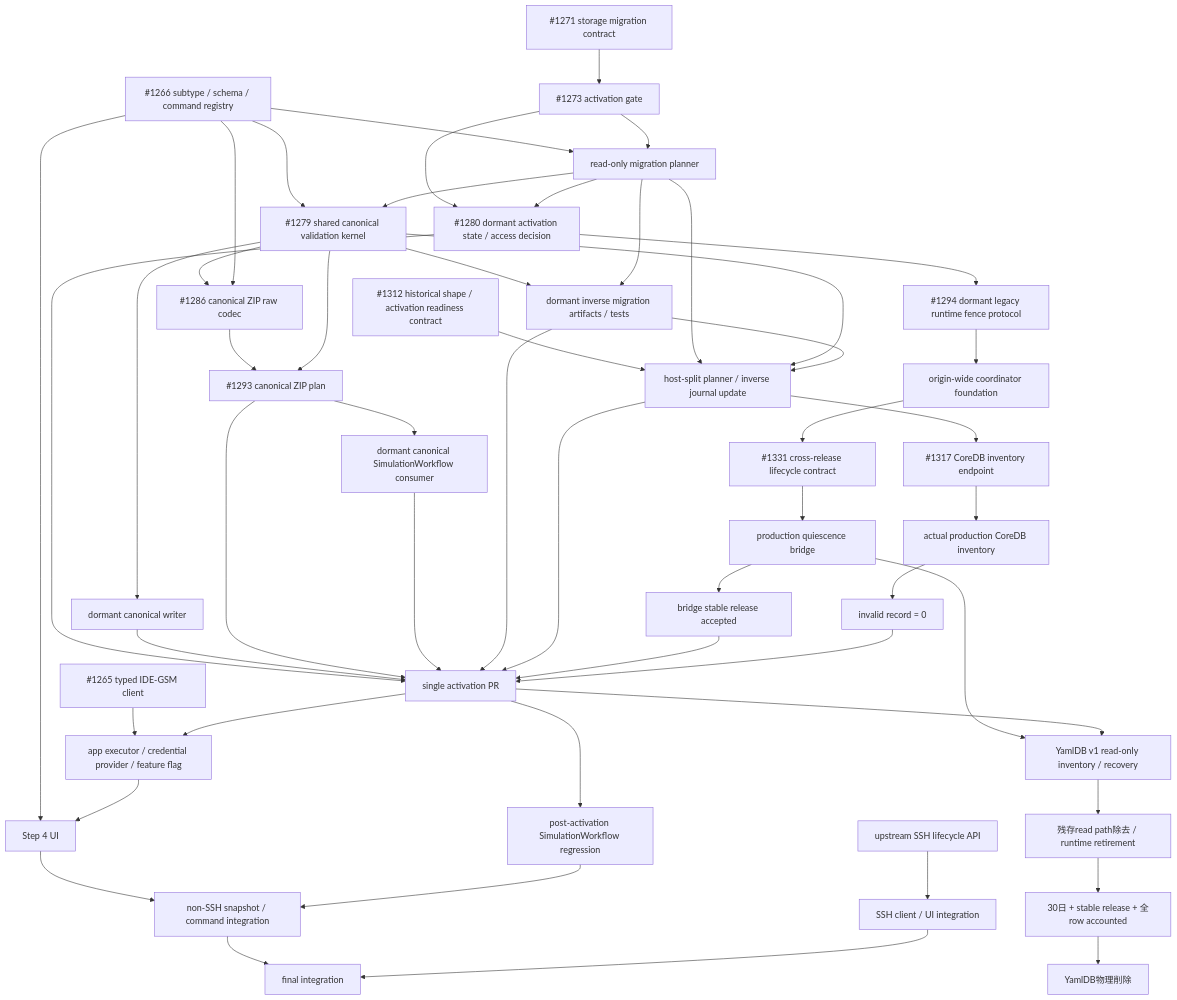
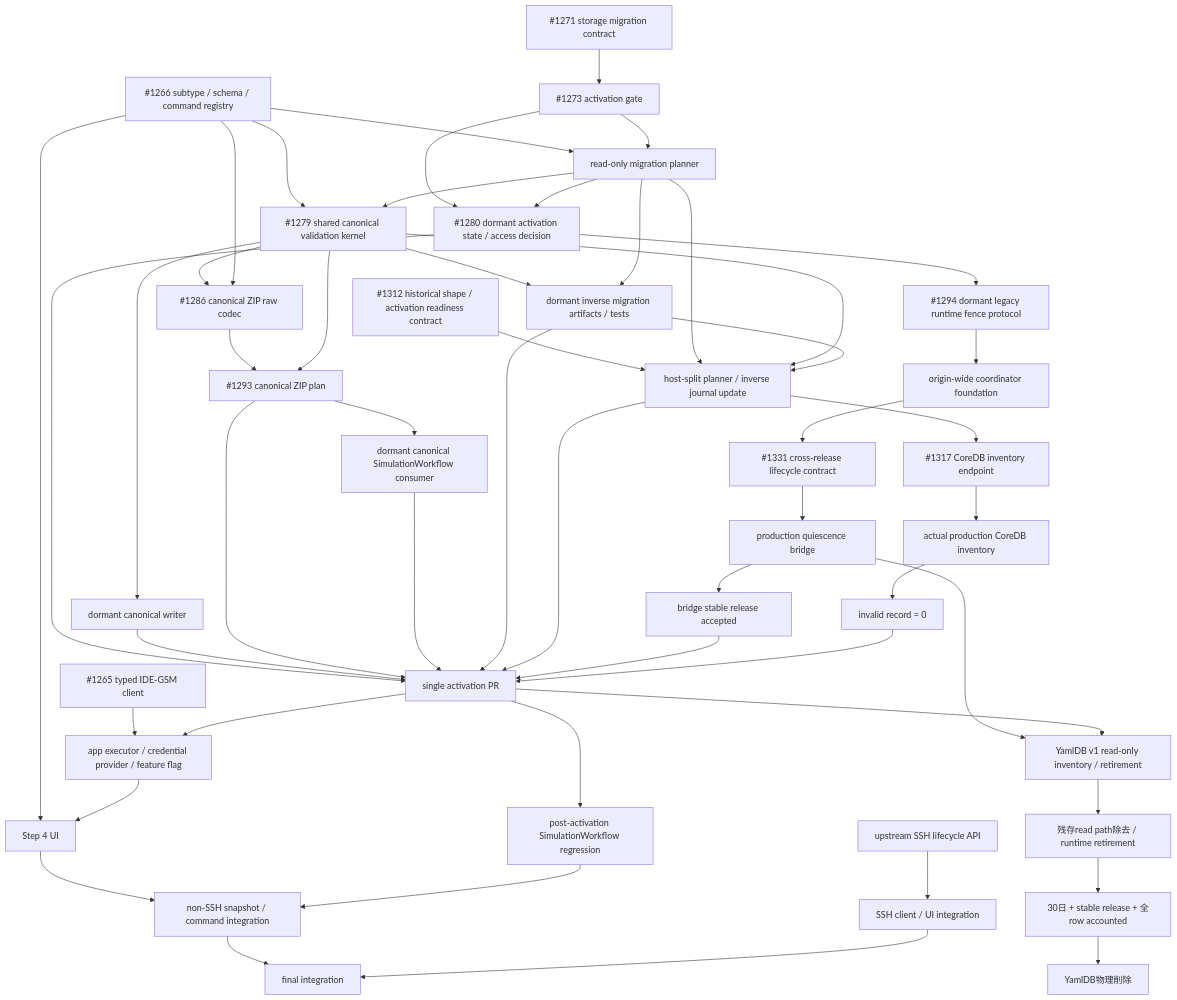
One commit to kubohiroya/hierarchidb changed the first of 2 diagrams in docs/yaml-plugin-ide-gsm-step4-spec.md. Above: the diagram before and after it, drawn with Mermaid. The commit also changed other lines of this file and 3 other files, not shown here.

Commit message:
docs(yaml-store): redefine legacy inventory contract

````diff
--- a/docs/yaml-plugin-ide-gsm-step4-spec.md
+++ b/docs/yaml-plugin-ide-gsm-step4-spec.md
@@ -557,55 +557,55 @@
 ```mermaid
 graph TD
   Registry["#1266 subtype / schema / command registry"] --> Planner["read-only migration planner"]
   Registry --> Validation["#1279 shared canonical validation kernel"]
   Contract["#1271 storage migration contract"] --> ActivationContract["#1273 activation gate"]
   HistoricalContract["#1312 historical shape / activation readiness contract"] --> PlannerUpdate["host-split planner / inverse journal update"]
   ActivationContract --> Planner
   Planner --> Validation
   Planner --> PlannerUpdate
   Validation --> PlannerUpdate
   Validation --> DormantWriter["dormant canonical writer"]
   Validation --> RawSnapshotCodec["#1286 canonical ZIP raw codec"]
   RawSnapshotCodec --> DormantSnapshotIO["#1293 canonical ZIP plan"]
   Validation --> DormantSnapshotIO
   DormantSnapshotIO --> DormantSimulation["dormant canonical SimulationWorkflow consumer"]
   Validation --> InverseArtifacts["dormant inverse migration artifacts / tests"]
   Planner --> InverseArtifacts["dormant inverse migration artifacts / tests"]
   ActivationContract --> ActivationState["#1280 dormant activation state / access decision"]
   Planner --> ActivationState
   ActivationState --> WriterFence["#1294 dormant legacy runtime fence protocol"]
   WriterFence --> OriginCoordinator["origin-wide coordinator foundation"]
   OriginCoordinator --> CrossRelease["#1331 cross-release lifecycle contract"]
   CrossRelease --> QuiescenceBridge["production quiescence bridge"]
   QuiescenceBridge --> BridgeRelease["bridge stable release accepted"]
   PlannerUpdate --> CoreInventoryEndpoint["#1317 CoreDB inventory endpoint"]
   CoreInventoryEndpoint --> CoreInventory["actual production CoreDB inventory"]
   CoreInventory --> InventoryAccepted["invalid record = 0"]
   ActivationState --> Activation["single activation PR"]
   DormantWriter --> Activation["single activation PR"]
   DormantSnapshotIO --> Activation
   DormantSimulation --> Activation
   InverseArtifacts --> Activation
   InverseArtifacts --> PlannerUpdate
   PlannerUpdate --> Activation
   BridgeRelease --> Activation
   InventoryAccepted --> Activation
   Registry --> RawSnapshotCodec
   Registry --> Step4["Step 4 UI"]
   Client["#1265 typed IDE-GSM client"] --> Executor["app executor / credential provider / feature flag"]
   Activation --> Executor
   Executor --> Step4
   Activation --> SimulationRegression["post-activation SimulationWorkflow regression"]
   Step4 --> NonSshIntegration["non-SSH snapshot / command integration"]
   SimulationRegression --> NonSshIntegration
 
-  QuiescenceBridge --> LegacyRecovery["YamlDB v1 read-only inventory / recovery"]
+  QuiescenceBridge --> LegacyRecovery["YamlDB v1 read-only inventory / retirement"]
   Activation --> LegacyRecovery
   LegacyRecovery --> RemoveYamlReads["残存read path除去 / runtime retirement"]
   RemoveYamlReads --> RetentionGate["30日 + stable release + 全row accounted"]
   RetentionGate --> DeleteYamlDB["YamlDB物理削除"]
 
   UpstreamSsh["upstream SSH lifecycle API"] --> SshIntegration["SSH client / UI integration"]
   NonSshIntegration --> FinalIntegration["final integration"]
   SshIntegration --> FinalIntegration
 ```
````
